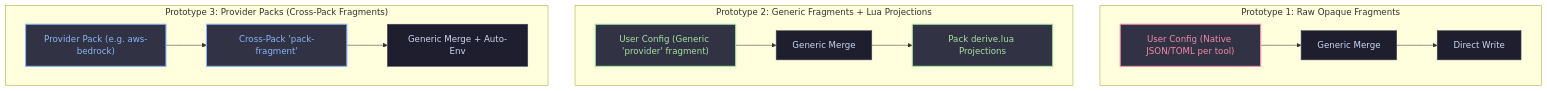
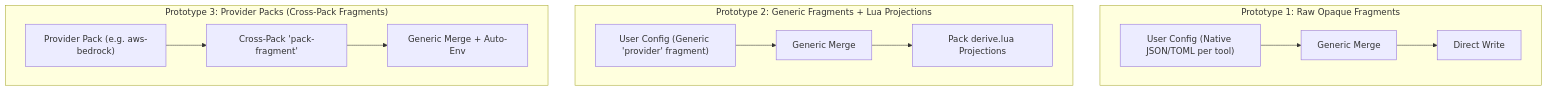
One commit to mschulkind-oss/yolo-jail changed the first of 2 diagrams in docs/design/pack-profiles.md. Above: the diagram before and after it, drawn with Mermaid. The commit also changed other lines of this file, not shown here.

Commit message:
docs: remove hardcoded classDef styling from mermaid diagrams in pack-profiles

````diff
--- a/docs/design/pack-profiles.md
+++ b/docs/design/pack-profiles.md
@@ -73,19 +73,14 @@
 ```mermaid
 flowchart TD
-    classDef default fill:#1e1e2e,stroke:#45475a,stroke-width:1px,color:#cdd6f4;
-    classDef p1 fill:#313244,stroke:#f38ba8,stroke-width:2px,color:#f38ba8;
-    classDef p2 fill:#313244,stroke:#a6e3a1,stroke-width:2px,color:#a6e3a1;
-    classDef p3 fill:#313244,stroke:#89b4fa,stroke-width:2px,color:#89b4fa;
-
     subgraph "Prototype 1: Raw Opaque Fragments"
-        P1_USER["User Config (Native JSON/TOML per tool)"]:::p1 --> P1_MERGE["Generic Merge"] --> P1_DISK["Direct Write"]
+        P1_USER["User Config (Native JSON/TOML per tool)"] --> P1_MERGE["Generic Merge"] --> P1_DISK["Direct Write"]
     end
 
     subgraph "Prototype 2: Generic Fragments + Lua Projections"
-        P2_USER["User Config (Generic 'provider' fragment)"]:::p2 --> P2_MERGE["Generic Merge"] --> P2_LUA["Pack derive.lua Projections"]:::p2
+        P2_USER["User Config (Generic 'provider' fragment)"] --> P2_MERGE["Generic Merge"] --> P2_LUA["Pack derive.lua Projections"]
     end
 
     subgraph "Prototype 3: Provider Packs (Cross-Pack Fragments)"
-        P3_PACK["Provider Pack (e.g. aws-bedrock)"]:::p3 --> P3_FRAG["Cross-Pack 'pack-fragment'"]:::p3 --> P3_MERGE["Generic Merge + Auto-Env"]
+        P3_PACK["Provider Pack (e.g. aws-bedrock)"] --> P3_FRAG["Cross-Pack 'pack-fragment'"] --> P3_MERGE["Generic Merge + Auto-Env"]
     end
 ```
````
